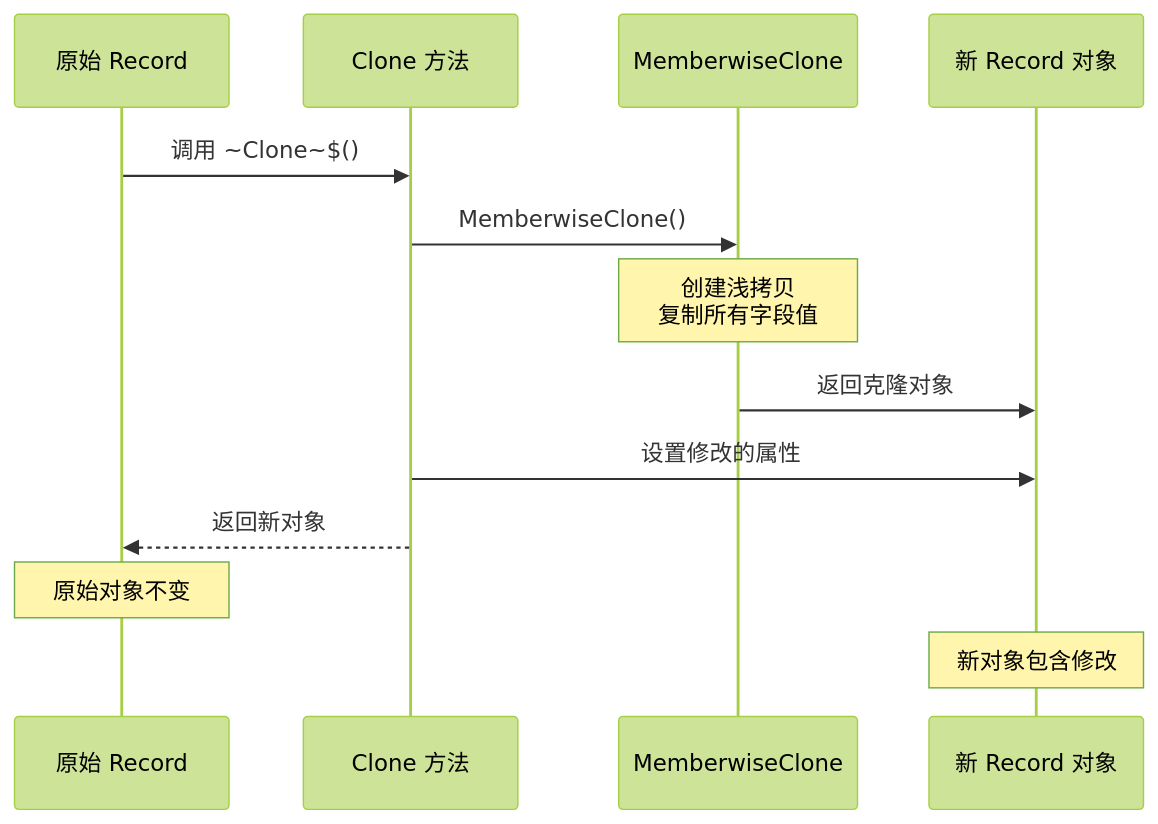
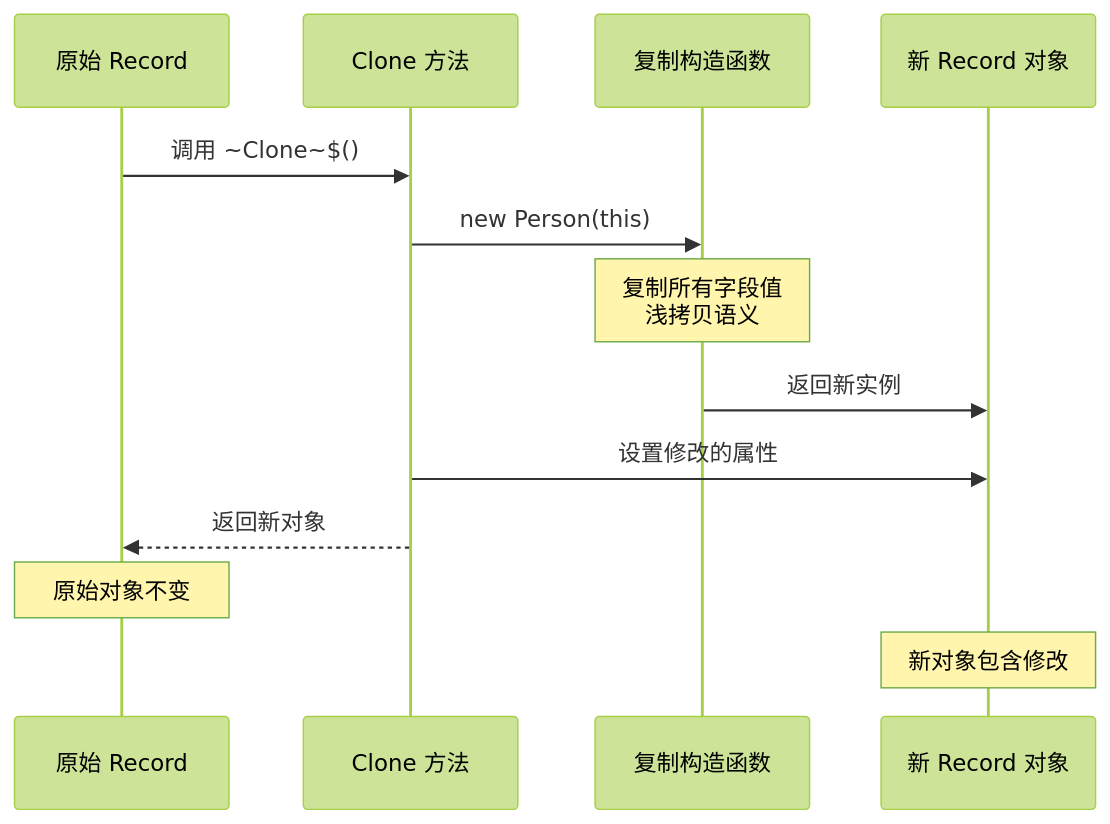
One commit to moklgydocs/moklgydocs.github.io changed the third of 5 diagrams in src/后端开发/CSharp/CLR深度/08_高级类型与模式/03_记录类型与with表达式.md. Above: the diagram before and after it, drawn with Mermaid (forest theme). The commit also changed other lines of this file and 8 other files, not shown here.

````diff
--- a/src/后端开发/CSharp/CLR深度/08_高级类型与模式/03_记录类型与with表达式.md
+++ b/src/后端开发/CSharp/CLR深度/08_高级类型与模式/03_记录类型与with表达式.md
@@ -446,17 +436,17 @@
 ```mermaid
 sequenceDiagram
     participant Original as 原始 Record
     participant Clone as Clone 方法
-    participant Memberwise as MemberwiseClone
+    participant CopyCtor as 复制构造函数
     participant NewObj as 新 Record 对象
 
     Original->>Clone: 调用 ~Clone~$()
-    Clone->>Memberwise: MemberwiseClone()
-    Note over Memberwise: 创建浅拷贝<br/>复制所有字段值
-    Memberwise->>NewObj: 返回克隆对象
+    Clone->>CopyCtor: new Person(this)
+    Note over CopyCtor: 复制所有字段值<br/>浅拷贝语义
+    CopyCtor->>NewObj: 返回新实例
     Clone->>NewObj: 设置修改的属性
     Clone-->>Original: 返回新对象
 
     Note over Original: 原始对象不变
     Note over NewObj: 新对象包含修改
 ```
````
